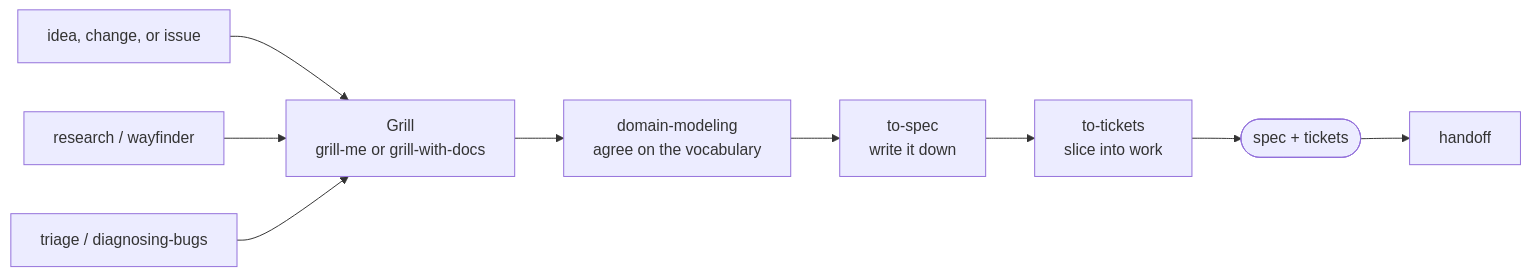
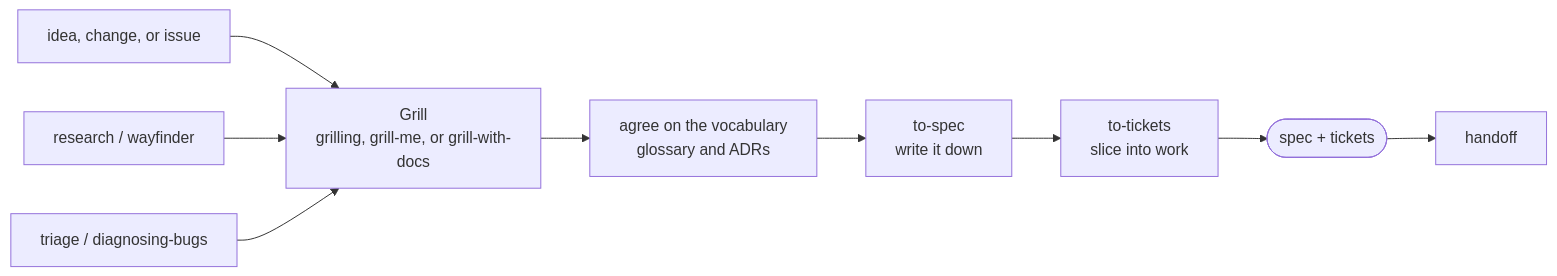
One commit to NickDabizaz/skills changed the first of 5 diagrams in README.md. Above: the diagram before and after it, drawn with Mermaid. The commit also changed other lines of this file, not shown here.

````diff
--- a/README.md
+++ b/README.md
@@ -55,11 +69,11 @@
 ```mermaid
 flowchart LR
-  I["idea, change, or issue"] --> G["Grill<br/>grill-me or grill-with-docs"]
-  G --> D["domain-modeling<br/>agree on the vocabulary"]
+  I["idea, change, or issue"] --> G["Grill<br/>grilling, grill-me, or grill-with-docs"]
+  G --> D["agree on the vocabulary<br/>glossary and ADRs"]
   D --> S["to-spec<br/>write it down"]
   S --> T["to-tickets<br/>slice into work"]
   T --> O(["spec + tickets"])
   O --> H["handoff"]
   R["research / wayfinder"] --> G
   X["triage / diagnosing-bugs"] --> G
 ```
````
